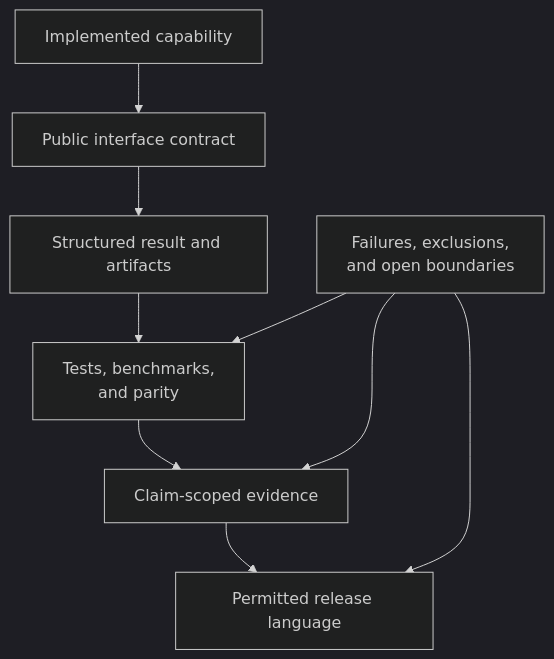
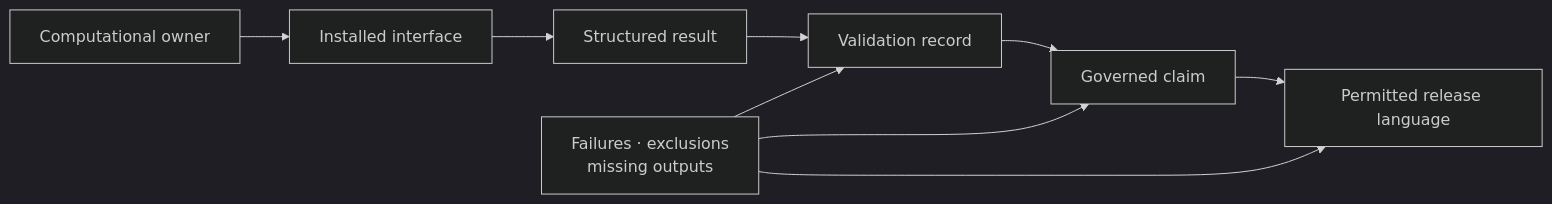
Before and after one commit to bijux/bijux-phylogenetics: the diagram in docs/05-bijux-phylogenetics-maintain/trust-surfaces/index.md, drawn with Mermaid (dark theme). The commit also changed other lines of this file and 3 other files, not shown here.

````diff
--- a/docs/05-bijux-phylogenetics-maintain/trust-surfaces/index.md
+++ b/docs/05-bijux-phylogenetics-maintain/trust-surfaces/index.md
@@ -17,12 +17,12 @@
 ```mermaid
-flowchart TD
-    capability["Implemented capability"] --> interface["Public interface contract"]
-    interface --> artifact["Structured result and artifacts"]
-    artifact --> validation["Tests, benchmarks,<br/>and parity"]
-    validation --> evidence["Claim-scoped evidence"]
-    evidence --> release["Permitted release language"]
+flowchart LR
+    owner["Computational owner"] --> interface["Installed interface"]
+    interface --> result["Structured result"]
+    result --> validation["Validation record"]
+    validation --> claim["Governed claim"]
+    claim --> language["Permitted release language"]
 
-    limits["Failures, exclusions,<br/>and open boundaries"] --> validation
-    limits --> evidence
-    limits --> release
+    limits["Failures · exclusions<br/>missing outputs"] --> validation
+    limits --> claim
+    limits --> language
 ```
````
